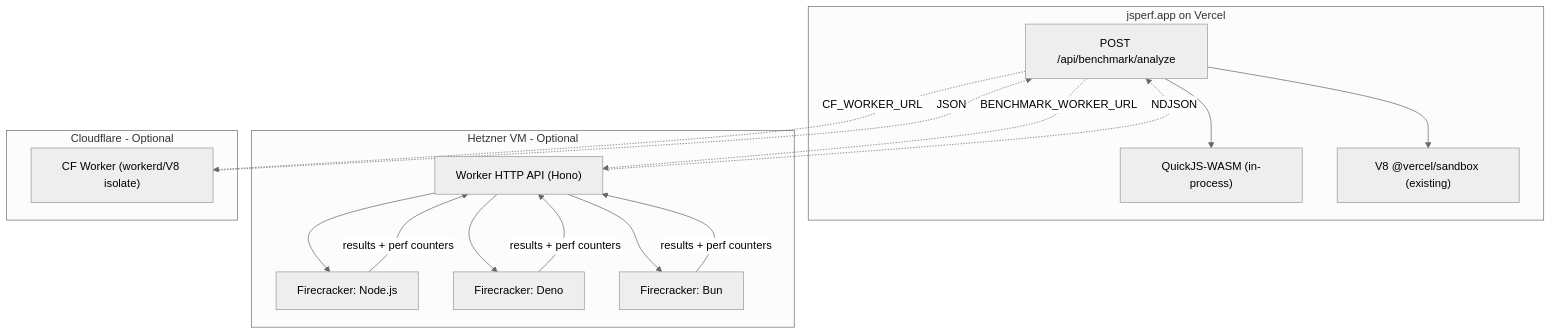
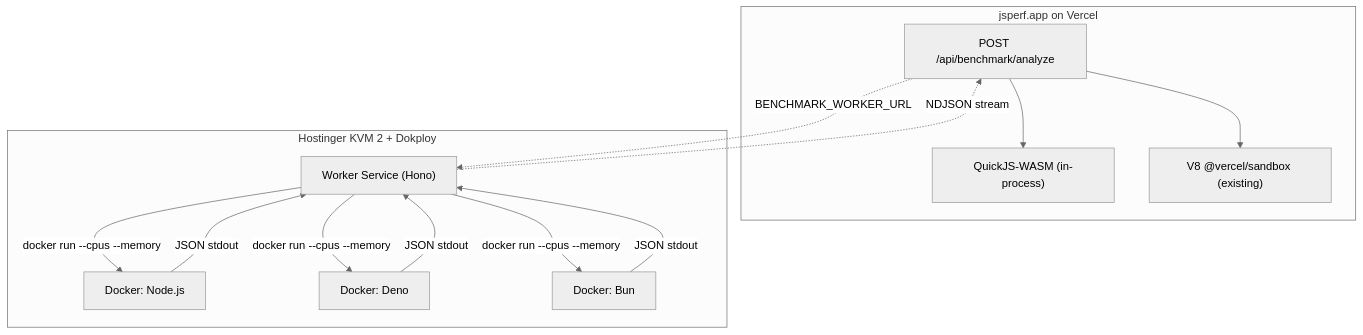
The diagram in .cursor/plans/firecracker_multi-runtime_benchmarks_2565b613.plan.md (mr47/jsperf.app), drawn with Mermaid (neutral theme) before and after one commit. The commit also changed other lines of this file and 29 other files, not shown here.

````diff
--- a/.cursor/plans/firecracker_multi-runtime_benchmarks_2565b613.plan.md
+++ b/.cursor/plans/firecracker_multi-runtime_benchmarks_2565b613.plan.md
@@ -84,32 +79,26 @@
 ```mermaid
 graph TD
     subgraph vercel [jsperf.app on Vercel]
         AnalyzeAPI["POST /api/benchmark/analyze"]
         QuickJS["QuickJS-WASM (in-process)"]
         V8Sandbox["V8 @vercel/sandbox (existing)"]
     end
 
-    subgraph hetzner [Hetzner VM - Optional]
-        WorkerAPI["Worker HTTP API (Hono)"]
-        NodeVM["Firecracker: Node.js"]
-        DenoVM["Firecracker: Deno"]
-        BunVM["Firecracker: Bun"]
-    end
-
-    subgraph cloudflare [Cloudflare - Optional]
-        CFWorker["CF Worker (workerd/V8 isolate)"]
+    subgraph hostinger [Hostinger KVM 2 + Dokploy]
+        WorkerAPI["Worker Service (Hono)"]
+        DockerNode["Docker: Node.js"]
+        DockerDeno["Docker: Deno"]
+        DockerBun["Docker: Bun"]
     end
 
     AnalyzeAPI --> QuickJS
     AnalyzeAPI --> V8Sandbox
     AnalyzeAPI -.->|"BENCHMARK_WORKER_URL"| WorkerAPI
-    AnalyzeAPI -.->|"CF_WORKER_URL"| CFWorker
-    WorkerAPI --> NodeVM
-    WorkerAPI --> DenoVM
-    WorkerAPI --> BunVM
-    NodeVM -->|"results + perf counters"| WorkerAPI
-    DenoVM -->|"results + perf counters"| WorkerAPI
-    BunVM -->|"results + perf counters"| WorkerAPI
-    WorkerAPI -.->|"NDJSON"| AnalyzeAPI
-    CFWorker -.->|"JSON"| AnalyzeAPI
+    WorkerAPI -->|"docker run --cpus --memory"| DockerNode
+    WorkerAPI -->|"docker run --cpus --memory"| DockerDeno
+    WorkerAPI -->|"docker run --cpus --memory"| DockerBun
+    DockerNode -->|"JSON stdout"| WorkerAPI
+    DockerDeno -->|"JSON stdout"| WorkerAPI
+    DockerBun -->|"JSON stdout"| WorkerAPI
+    WorkerAPI -.->|"NDJSON stream"| AnalyzeAPI
 ```
````
